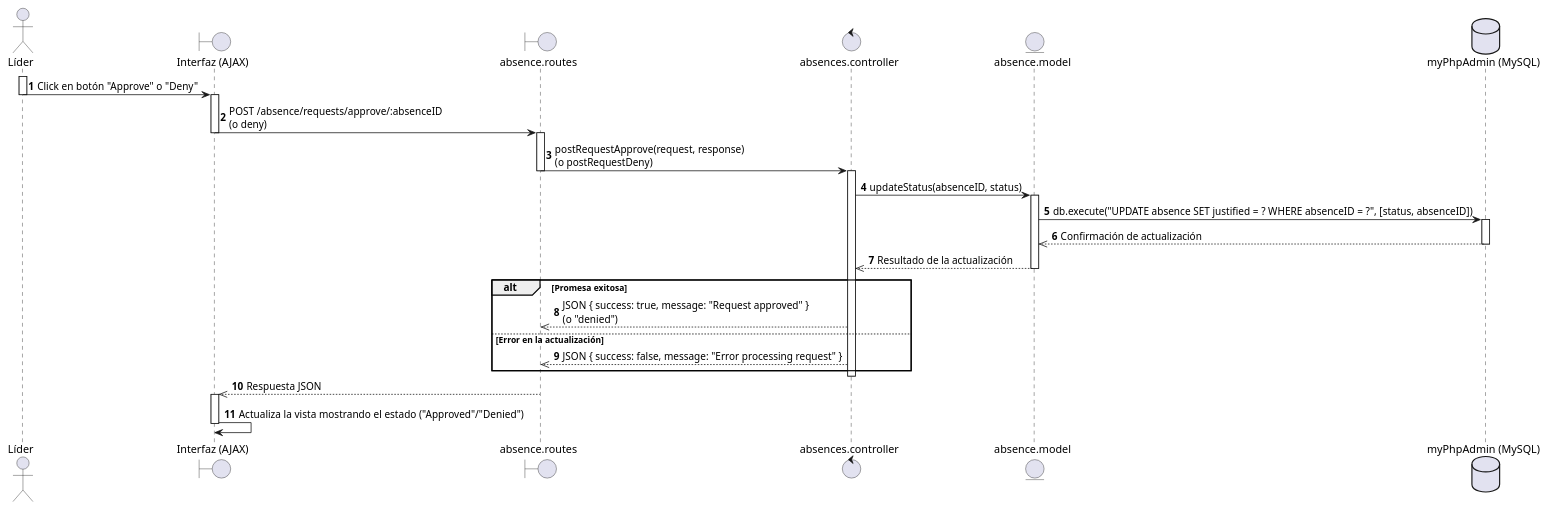
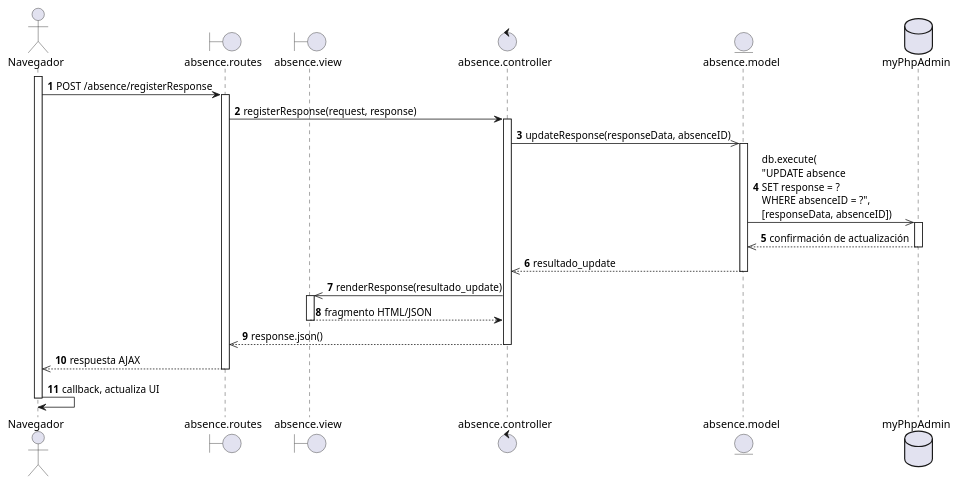
Before and after one commit to EdCanCe/WorkCells: the diagram in diagrams/Casos de Uso/Mauricio/diagrama de secuencia/CU01.puml, drawn with PlantUML. The commit also changed other lines of this file and 2 other files, not shown here.

Commit message:
Diagramas de secuencia: hechos

```diff
--- a/diagrams/Casos de Uso/Mauricio/diagrama de secuencia/CU01.puml
+++ b/diagrams/Casos de Uso/Mauricio/diagrama de secuencia/CU01.puml
@@ -1,54 +1,49 @@
-@startuml
-actor "Líder" as Leader
-boundary "Interfaz (AJAX)" as UI
-boundary "absence.routes" as Router
-control "absences.controller" as Controller
-entity "absence.model" as Absence
-database "myPhpAdmin (MySQL)" as MySQL
+@startuml CU01 - Líder registra respuesta hacia ausencia de colaborador - Diagrama de secuencia
+actor Navegador
+boundary "absence.routes" as Routes
+boundary "absence.view" as View
+control "absence.controller" as Controller
+entity "absence.model" as Model
+database "myPhpAdmin" as DB
 
 autonumber
 
-' El líder inicia la acción desde la vista
-activate Leader
-Leader -> UI: Click en botón "Approve" o "Deny"
-deactivate Leader
+' El Navegador envía la petición AJAX para registrar la respuesta a la ausencia
+activate Navegador
+Navegador -> Routes: POST /absence/registerResponse
 
-' La interfaz envía la petición AJAX al router
-activate UI
-UI -> Router: POST /absence/requests/approve/:absenceID\n(o deny)
-deactivate UI
+activate Routes
+Routes -> Controller: registerResponse(request, response)
+activate Controller
 
-' El router invoca el método correspondiente del controlador
-activate Router
-Router -> Controller: postRequestApprove(request, response)\n(o postRequestDeny)
-deactivate Router
+' El controlador invoca al modelo para actualizar la respuesta de la ausencia
+Controller ->> Model: updateResponse(responseData, absenceID)
+activate Model
 
-' El controlador actualiza el estado de la ausencia
-activate Controller
-Controller -> Absence: updateStatus(absenceID, status)
-activate Absence
-Absence -> MySQL: db.execute("UPDATE absence SET justified = ? WHERE absenceID = ?", [status, absenceID])
-activate MySQL
-MySQL -->> Absence: Confirmación de actualización
-deactivate MySQL
-Absence -->> Controller: Resultado de la actualización
-deactivate Absence
+' El modelo ejecuta la consulta en la base de datos
+Model ->> DB: db.execute(\n"UPDATE absence \nSET response = ? \nWHERE absenceID = ?", \n[responseData, absenceID])
+activate DB
+DB -->> Model: confirmación de actualización
+deactivate DB
 
-' Se envía la respuesta al cliente
-alt Promesa exitosa
-    Controller -->> Router: JSON { success: true, message: "Request approved" }\n(o "denied")
-else Error en la actualización
-    Controller -->> Router: JSON { success: false, message: "Error processing request" }
-end
+Model -->> Controller: resultado_update
+deactivate Model
+
+' El controlador procesa el resultado y prepara la respuesta para la vista (AJAX JSON o fragmento HTML)
+Controller ->> View: renderResponse(resultado_update)
+activate View
+View --> Controller: fragmento HTML/JSON
+deactivate View
+
+' El controlador envía la respuesta al router
+Controller -->> Routes: response.json()
 deactivate Controller
 
-' El router reenvía la respuesta a la interfaz AJAX
-activate Router
-Router -->> UI: Respuesta JSON
-deactivate Router
+Routes -->> Navegador: respuesta AJAX
+deactivate Routes
 
-' La interfaz AJAX actualiza la vista en el navegador
-activate UI
-UI -> UI: Actualiza la vista mostrando el estado ("Approved"/"Denied")
-deactivate UI
+' El Navegador procesa la respuesta y actualiza la interfaz
+Navegador -> Navegador: callback, actualiza UI
+deactivate Navegador
+
 @enduml
```
